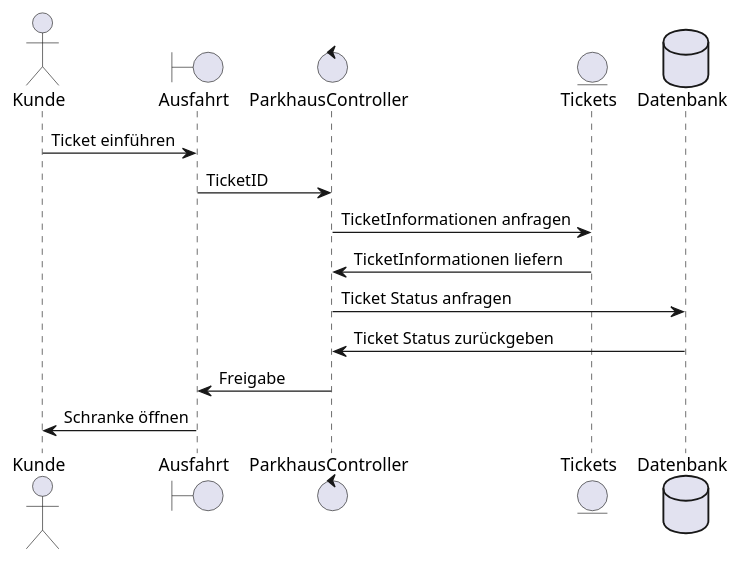
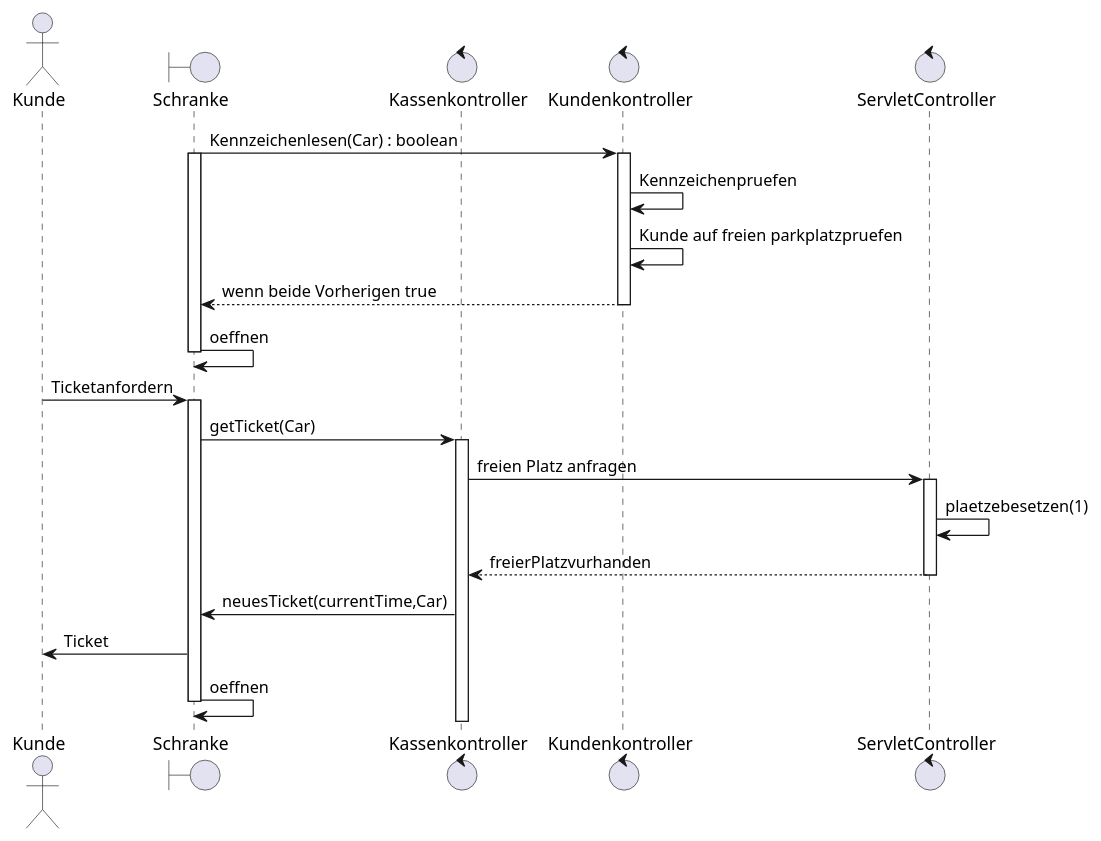
One commit to bitsandbyt3/SE11 changed the diagram in src/main/AusfahrenSequenzDiagramm.puml. Above: the diagram before and after it, drawn with PlantUML.

Commit message:
Sequjenzdiagramm Einfahrt

```diff
--- a/src/main/AusfahrenSequenzDiagramm.puml
+++ b/src/main/AusfahrenSequenzDiagramm.puml
@@ -1,15 +1,32 @@
 @startuml
 actor Kunde
-boundary Ausfahrt
-control ParkhausController
-entity Tickets
-database Datenbank
-Kunde -> Ausfahrt : Ticket einführen
-Ausfahrt -> ParkhausController : TicketID
-ParkhausController -> Tickets : TicketInformationen anfragen
-Tickets -> ParkhausController : TicketInformationen liefern
-ParkhausController -> Datenbank : Ticket Status anfragen
-Datenbank -> ParkhausController : Ticket Status zurückgeben
-ParkhausController -> Ausfahrt : Freigabe
-Ausfahrt -> Kunde : Schranke öffnen
+boundary Schranke
+control Kassenkontroller
+control Kundenkontroller
+control ServletController
+
+Schranke -> Kundenkontroller : Kennzeichenlesen(Car) : boolean
+activate Schranke
+activate Kundenkontroller
+Kundenkontroller -> Kundenkontroller : Kennzeichenpruefen
+Kundenkontroller -> Kundenkontroller : Kunde auf freien parkplatzpruefen
+Kundenkontroller --> Schranke : wenn beide Vorherigen true
+deactivate Kundenkontroller
+Schranke -> Schranke : oeffnen
+deactivate Schranke
+
+
+Kunde -> Schranke : Ticketanfordern
+activate Schranke
+Schranke -> Kassenkontroller : getTicket(Car)
+activate Kassenkontroller
+Kassenkontroller -> ServletController : freien Platz anfragen
+activate ServletController
+ServletController -> ServletController : plaetzebesetzen(1)
+return freierPlatzvurhanden
+deactivate ServletController
+Kassenkontroller -> Schranke : neuesTicket(currentTime,Car)
+Schranke -> Kunde : Ticket
+Schranke -> Schranke : oeffnen
+deactivate Schranke
 @enduml
```
